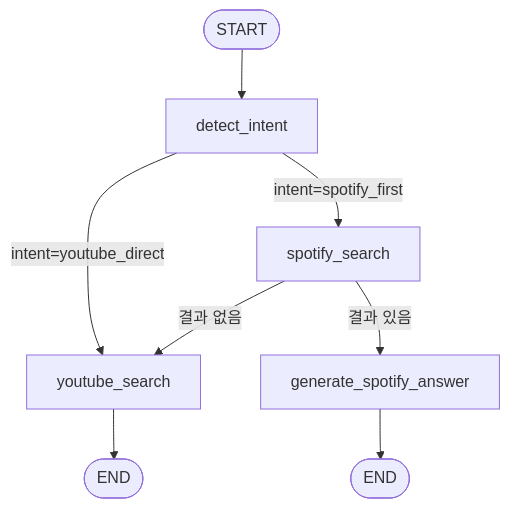
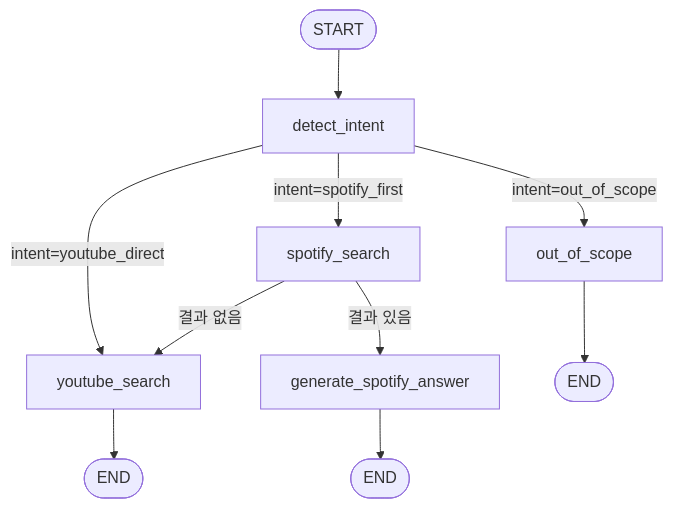
The diagram in rag_project/README.md (100-hours-a-week/KTB4-Janie-AI), drawn with Mermaid before and after one commit. The commit also changed other lines of this file, not shown here.

````diff
--- a/rag_project/README.md
+++ b/rag_project/README.md
@@ -11,13 +36,15 @@
 ```mermaid
 flowchart TD
     START([START]) --> detect_intent[detect_intent]
 
+    detect_intent -->|intent=out_of_scope| out_of_scope[out_of_scope]
     detect_intent -->|intent=youtube_direct| youtube_search[youtube_search]
     detect_intent -->|intent=spotify_first| spotify_search[spotify_search]
 
     spotify_search -->|결과 있음| generate_spotify_answer[generate_spotify_answer]
     spotify_search -->|결과 없음| youtube_search
 
-    youtube_search --> END1([END])
-    generate_spotify_answer --> END2([END])
+    out_of_scope --> END1([END])
+    youtube_search --> END2([END])
+    generate_spotify_answer --> END3([END])
 ```
````
